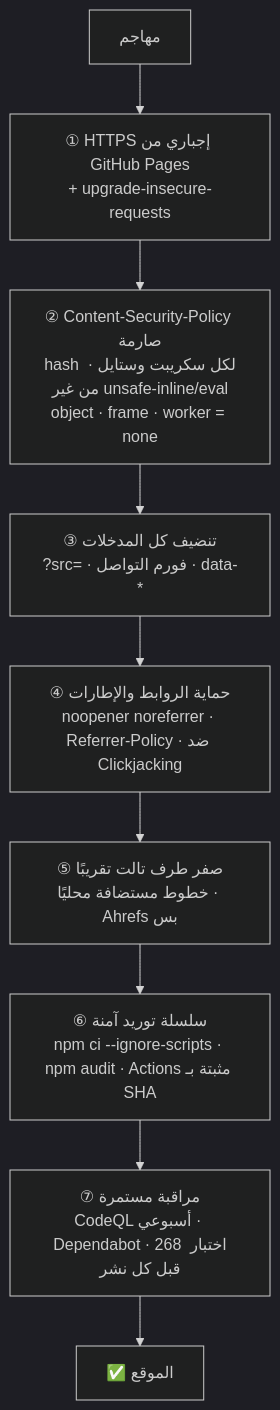
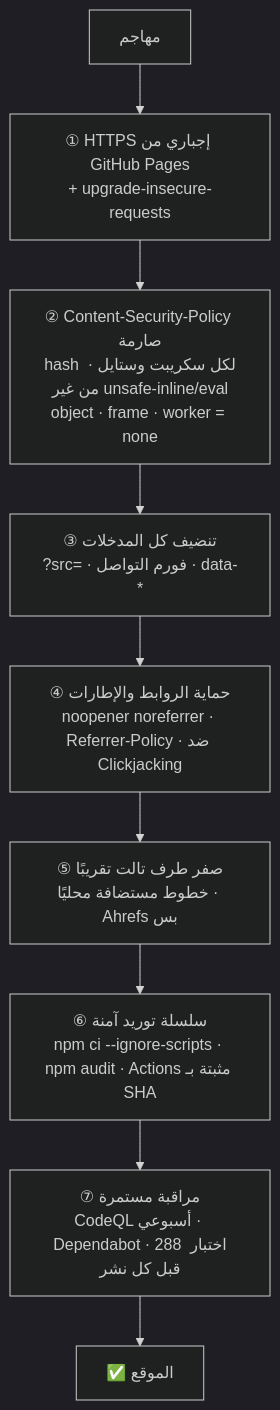
Before and after one commit to atad-tech/atad-tech.github.io: the second of 2 diagrams in docs/SECURITY-MODEL.md, drawn with Mermaid (dark theme). The commit also changed 47 other files, not shown here.

````diff
--- a/docs/SECURITY-MODEL.md
+++ b/docs/SECURITY-MODEL.md
@@ -38,11 +38,11 @@
 ```mermaid
 flowchart TD
     A["مهاجم"] --> L1
     L1["① HTTPS إجباري من GitHub Pages<br/>+ upgrade-insecure-requests"] --> L2
     L2["② Content-Security-Policy صارمة<br/>hash لكل سكريبت وستايل · من غير unsafe-inline/eval<br/>object · frame · worker = none"] --> L3
     L3["③ تنضيف كل المدخلات<br/>?src= · فورم التواصل · data-*"] --> L4
     L4["④ حماية الروابط والإطارات<br/>noopener noreferrer · Referrer-Policy · ضد Clickjacking"] --> L5
     L5["⑤ صفر طرف تالت تقريبًا<br/>خطوط مستضافة محليًا · Ahrefs بس"] --> L6
     L6["⑥ سلسلة توريد آمنة<br/>npm ci --ignore-scripts · npm audit · Actions مثبتة بـ SHA"] --> L7
-    L7["⑦ مراقبة مستمرة<br/>CodeQL أسبوعي · Dependabot · 268 اختبار قبل كل نشر"] --> OK["✅ الموقع"]
+    L7["⑦ مراقبة مستمرة<br/>CodeQL أسبوعي · Dependabot · 288 اختبار قبل كل نشر"] --> OK["✅ الموقع"]
 ```
````
